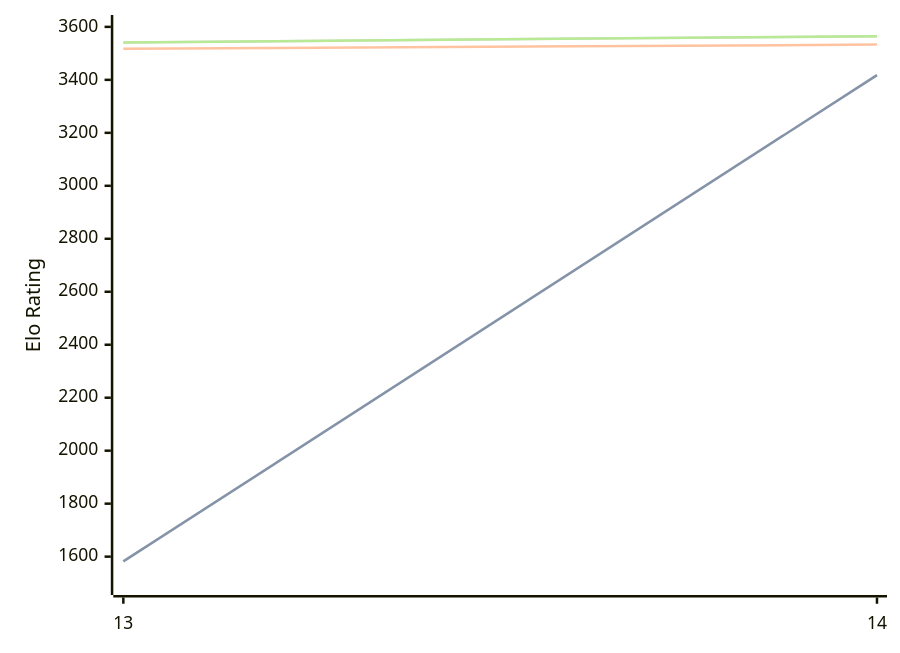
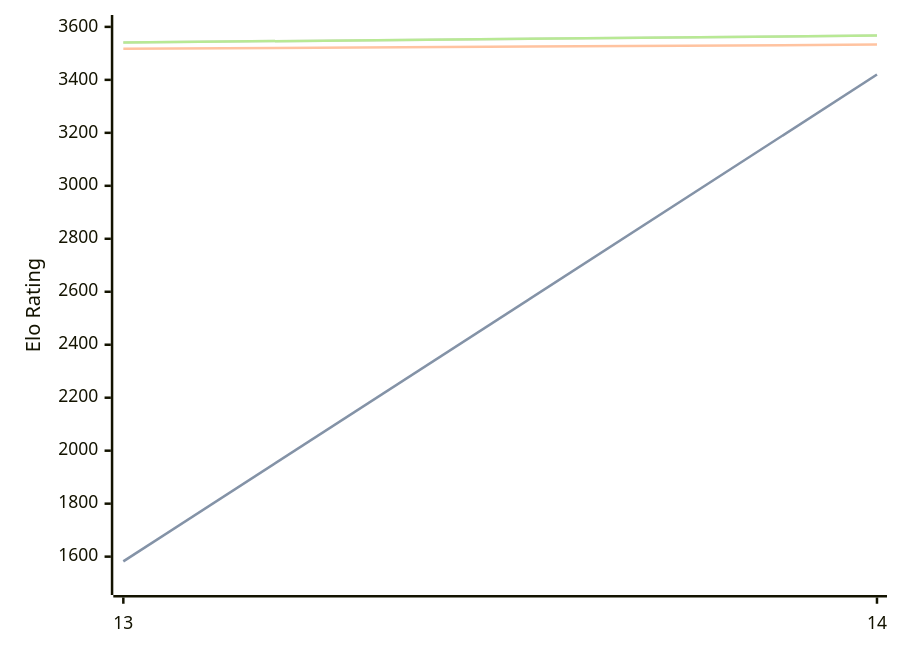
The diagram in engines/Berserk.md (computer-chess-index/cci), drawn with Mermaid before and after one commit. The commit also changed other lines of this file, not shown here.

Commit message:
Update CCI Ratings (ELO VLTC) - 2026-08-10

````diff
--- a/engines/Berserk.md
+++ b/engines/Berserk.md
@@ -33,11 +33,11 @@
 ```mermaid
 %%{init: {"theme":"base","themeVariables":{"seriesColors:['#a3a3a3','#222221','#faa371']}}}%%
 xychart-beta
   x-axis ["13", "14"]
   y-axis "Elo Rating" 1500 --> 3600
-  line "STC (8.0+0.08s)" [1582, 3418]
-  line "STC (8.0+0.08s)" [1582, 3418]
+  line "STC (8.0+0.08s)" [1582, 3420]
+  line "STC (8.0+0.08s)" [1582, 3420]
   line "LTC (60.0+0.60s)" [3517, 3533]
-  line "VLTC (2m24s+1.12s)" [3541, 3565]
-  line "VLTC (2m24s+1.12s)" [3541, 3565]
+  line "VLTC (2m24s+1.12s)" [3541, 3567]
+  line "VLTC (2m24s+1.12s)" [3541, 3567]
 ```
````
